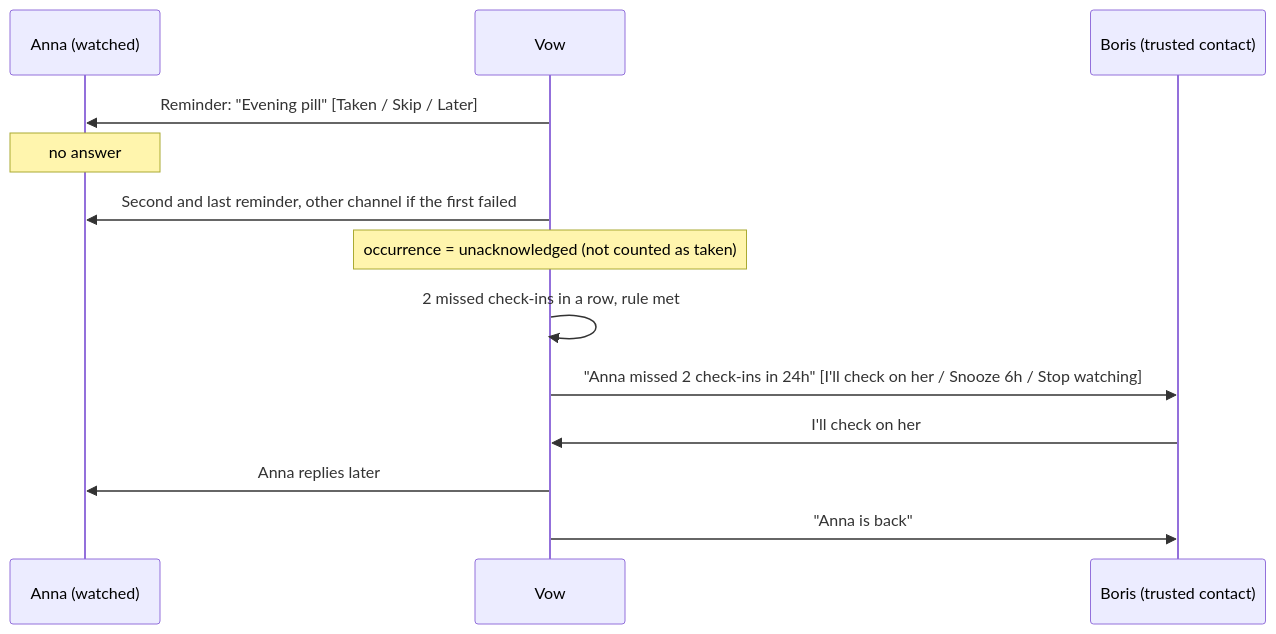
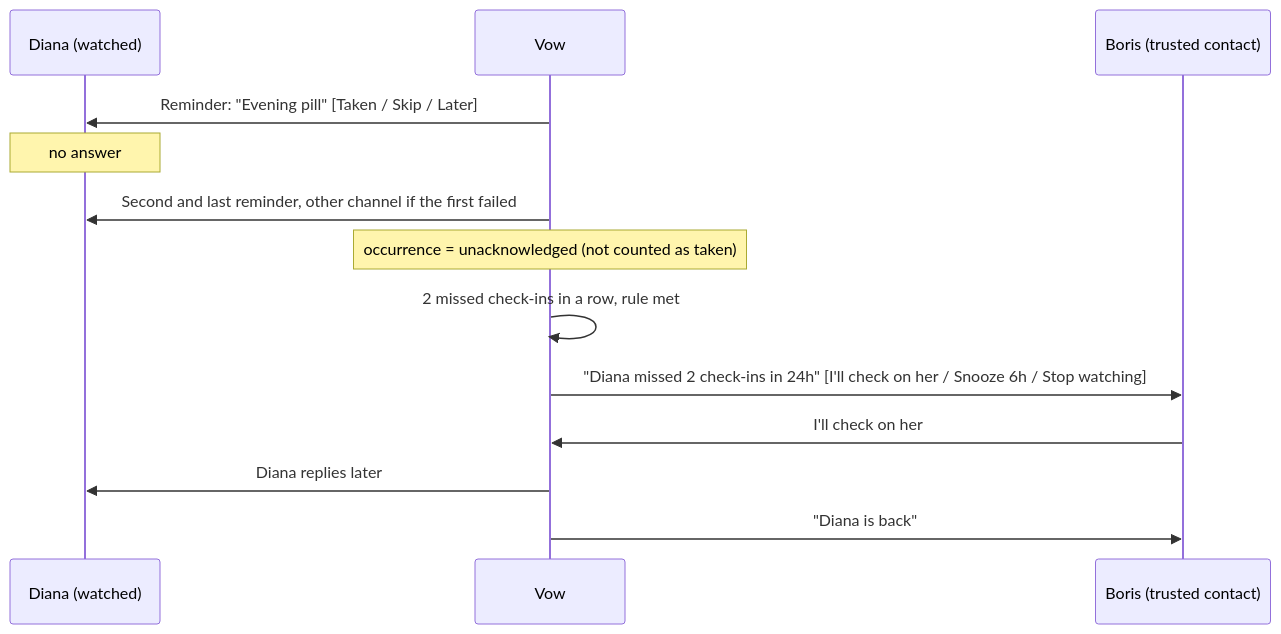
Before and after one commit to bagstreet/vow: the first of 3 diagrams in README.md, drawn with Mermaid. The commit also changed other lines of this file and 16 other files, not shown here.

Commit message:
✨ Browser extension, private blob proof, honest quick-start, Diana in diagrams

````diff
--- a/README.md
+++ b/README.md
@@ -32,15 +32,15 @@
 ```mermaid
 sequenceDiagram
-    participant A as Anna (watched)
+    participant A as Diana (watched)
     participant V as Vow
     participant B as Boris (trusted contact)
     V->>A: Reminder: "Evening pill" [Taken / Skip / Later]
     Note over A: no answer
     V->>A: Second and last reminder, other channel if the first failed
     Note over V: occurrence = unacknowledged (not counted as taken)
     V->>V: 2 missed check-ins in a row, rule met
-    V->>B: "Anna missed 2 check-ins in 24h" [I'll check on her / Snooze 6h / Stop watching]
+    V->>B: "Diana missed 2 check-ins in 24h" [I'll check on her / Snooze 6h / Stop watching]
     B->>V: I'll check on her
-    V->>A: Anna replies later
-    V->>B: "Anna is back"
+    V->>A: Diana replies later
+    V->>B: "Diana is back"
 ```
````
